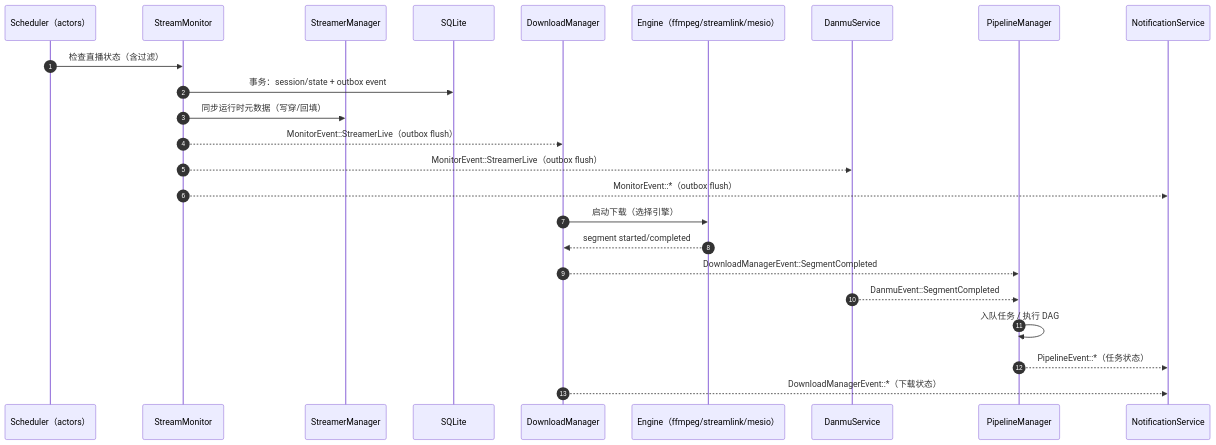
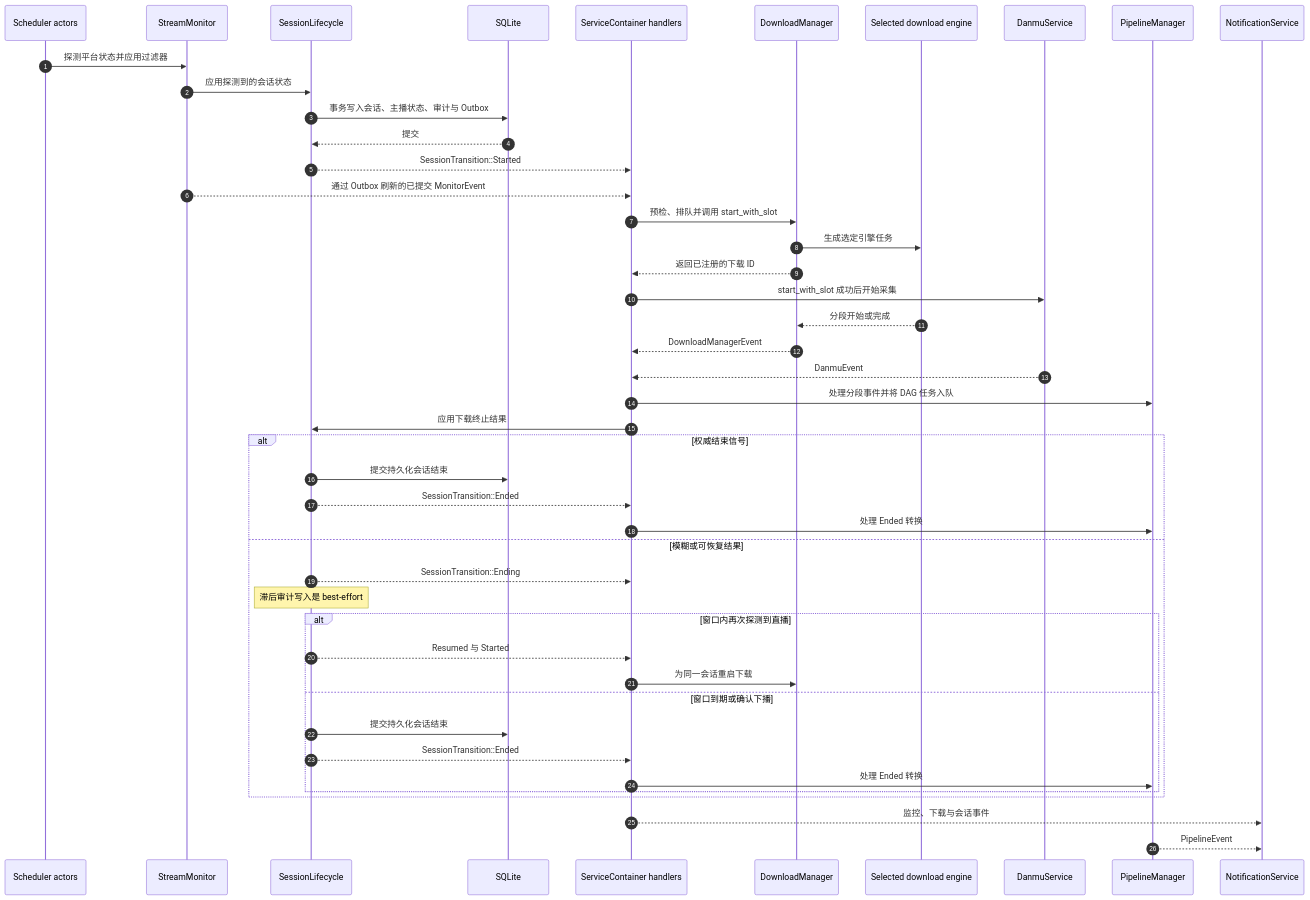
One commit to hua0512/rust-srec changed the second of 3 diagrams in rust-srec/docs/zh/concepts/architecture.md. Above: the diagram before and after it, drawn with Mermaid. The commit also changed other lines of this file and 1 other file, not shown here.

Commit message:
docs: correct architecture topology

````diff
--- a/rust-srec/docs/zh/concepts/architecture.md
+++ b/rust-srec/docs/zh/concepts/architecture.md
@@ -191,29 +208,50 @@
 ```mermaid
 sequenceDiagram
   autonumber
-  participant SCH as Scheduler（actors）
+  participant SCH as Scheduler actors
   participant MON as StreamMonitor
-  participant SM as StreamerManager
+  participant SESS as SessionLifecycle
   participant DB as SQLite
+  participant SC as ServiceContainer handlers
   participant DL as DownloadManager
-  participant ENG as Engine（ffmpeg/streamlink/mesio）
+  participant ENG as Selected download engine
   participant DM as DanmuService
   participant PL as PipelineManager
   participant NOTI as NotificationService
 
-  SCH->>MON: 检查直播状态（含过滤）
-  MON->>DB: 事务：session/state + outbox event
-  MON->>SM: 同步运行时元数据（写穿/回填）
-  MON-->>DL: MonitorEvent::StreamerLive（outbox flush）
-  MON-->>DM: MonitorEvent::StreamerLive（outbox flush）
-  MON-->>NOTI: MonitorEvent::*（outbox flush）
+  SCH->>MON: 探测平台状态并应用过滤器
+  MON->>SESS: 应用探测到的会话状态
+  SESS->>DB: 事务写入会话、主播状态、审计与 Outbox
+  DB-->>SESS: 提交
+  SESS-->>SC: SessionTransition::Started
+  MON-->>SC: 通过 Outbox 刷新的已提交 MonitorEvent
 
-  DL->>ENG: 启动下载（选择引擎）
-  ENG-->>DL: segment started/completed
-  DL-->>PL: DownloadManagerEvent::SegmentCompleted
-  DM-->>PL: DanmuEvent::SegmentCompleted
+  SC->>DL: 预检、排队并调用 start_with_slot
+  DL->>ENG: 生成选定引擎任务
+  DL-->>SC: 返回已注册的下载 ID
+  SC->>DM: start_with_slot 成功后开始采集
+  ENG-->>DL: 分段开始或完成
+  DL-->>SC: DownloadManagerEvent
+  DM-->>SC: DanmuEvent
+  SC->>PL: 处理分段事件并将 DAG 任务入队
 
-  PL->>PL: 入队任务 / 执行 DAG
-  PL-->>NOTI: PipelineEvent::*（任务状态）
-  DL-->>NOTI: DownloadManagerEvent::*（下载状态）
+  SC->>SESS: 应用下载终止结果
+  alt 权威结束信号
+    SESS->>DB: 提交持久化会话结束
+    SESS-->>SC: SessionTransition::Ended
+    SC->>PL: 处理 Ended 转换
+  else 模糊或可恢复结果
+    SESS-->>SC: SessionTransition::Ending
+    Note over SESS: 滞后审计写入是 best-effort
+    alt 窗口内再次探测到直播
+      SESS-->>SC: Resumed 与 Started
+      SC->>DL: 为同一会话重启下载
+    else 窗口到期或确认下播
+      SESS->>DB: 提交持久化会话结束
+      SESS-->>SC: SessionTransition::Ended
+      SC->>PL: 处理 Ended 转换
+    end
+  end
+  SC-->>NOTI: 监控、下载与会话事件
+  PL-->>NOTI: PipelineEvent
 ```
````
